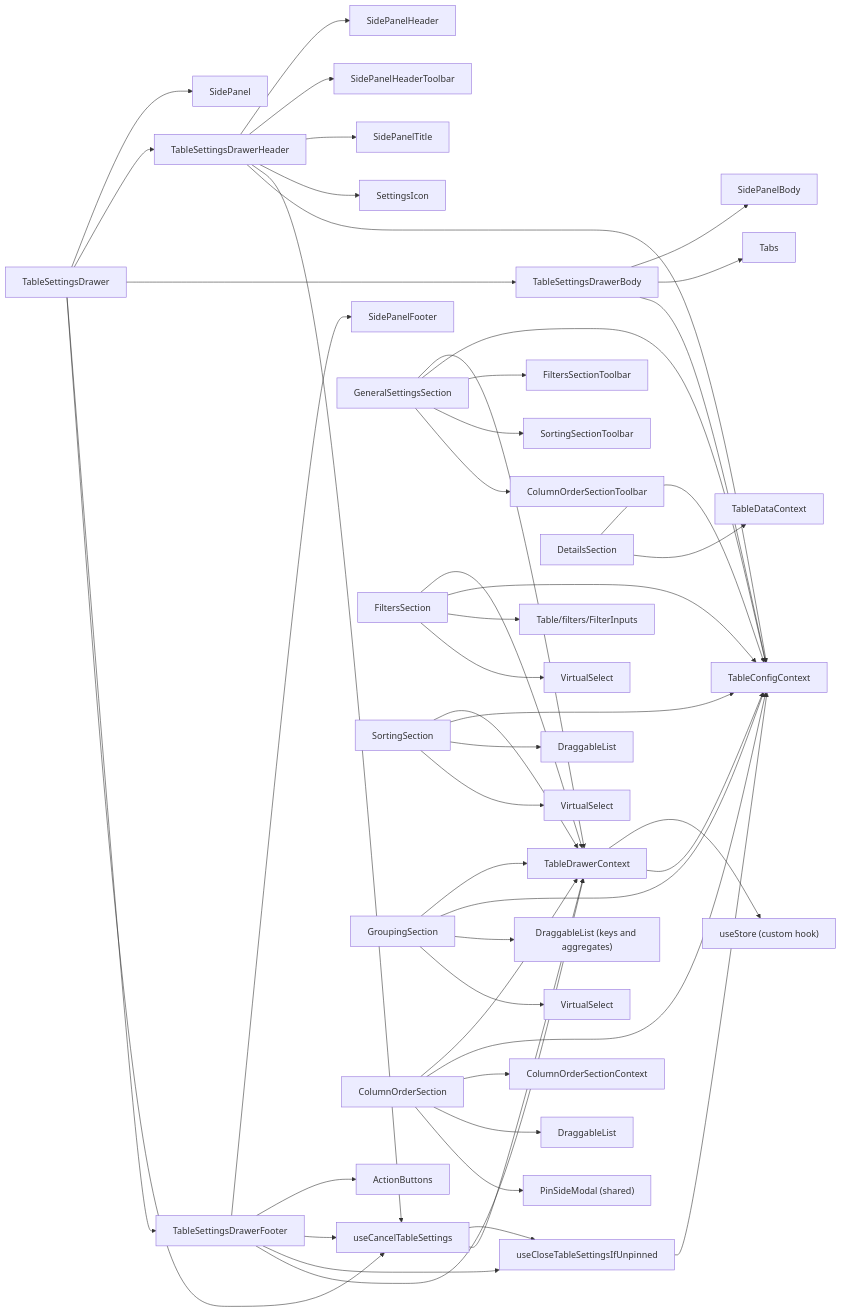
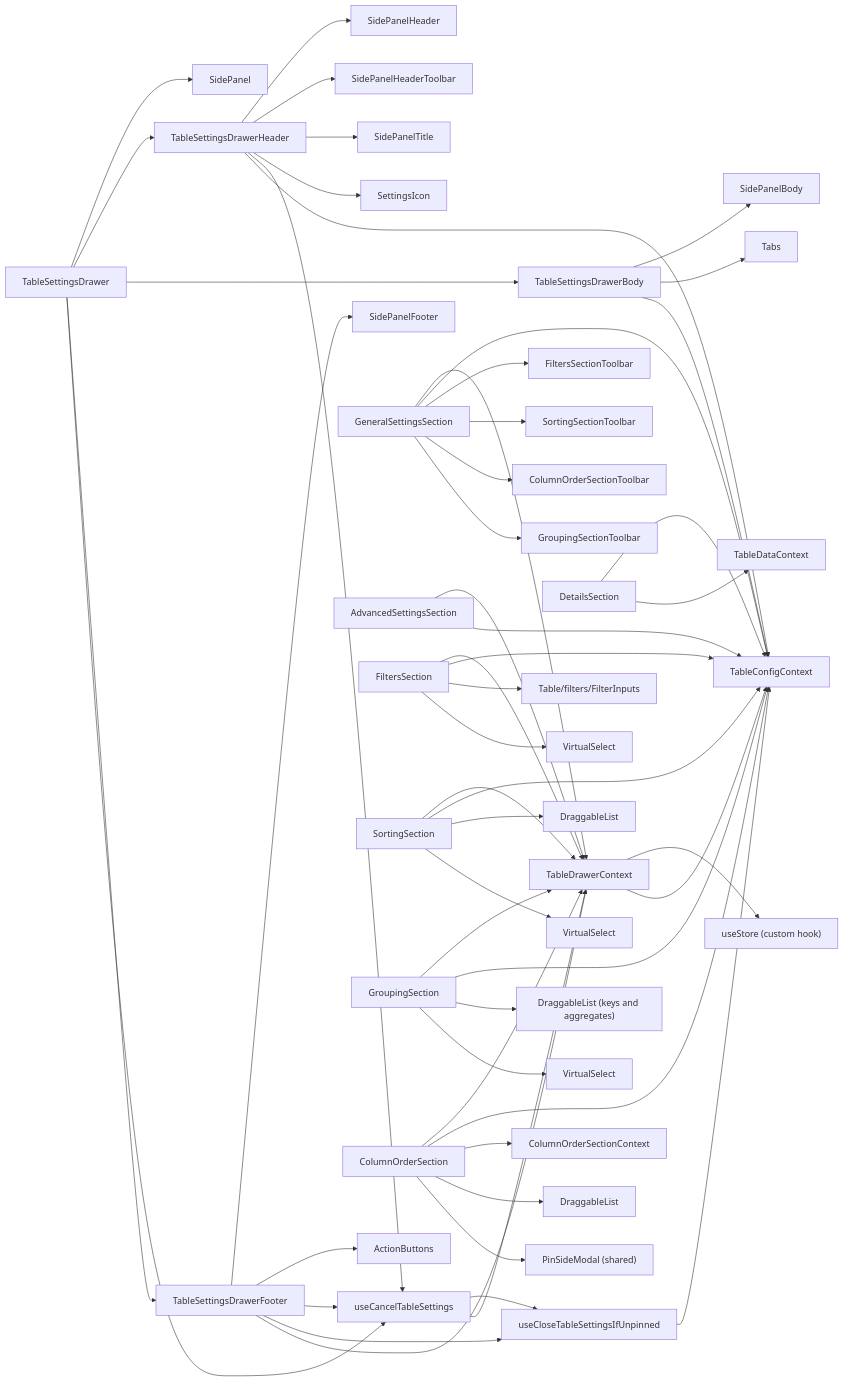
The first of 3 diagrams in packages/ui/src/components/Table/TableSettingsDrawer/ARCHITECTURE.md (luciocabrera/lcabrera-stack), drawn with Mermaid before and after one commit. The commit also changed other lines of this file and 91 other files, not shown here.

Commit message:
feat(ui): add an Advanced settings tab and make the tab order global (#1119)

````diff
--- a/packages/ui/src/components/Table/TableSettingsDrawer/ARCHITECTURE.md
+++ b/packages/ui/src/components/Table/TableSettingsDrawer/ARCHITECTURE.md
@@ -132,62 +139,66 @@
 ```mermaid
 graph LR
   TSD["TableSettingsDrawer"] --> SidePanel
   TSD --> TSDHeader["TableSettingsDrawerHeader"]
   TSD --> TSDBody["TableSettingsDrawerBody"]
   TSD --> TSDFooter["TableSettingsDrawerFooter"]
   TSD --> CancelHook["useCancelTableSettings"]
 
   TSDHeader --> SidePanelHeader
   TSDHeader --> SidePanelHeaderToolbar
   TSDHeader --> SidePanelTitle
   TSDHeader --> SettingsIcon
   TSDHeader --> CancelHook
   TSDHeader --> TableConfigContext
 
   TSDBody --> SidePanelBody
   TSDBody --> Tabs
   TSDBody --> TableConfigContext
 
   TSDFooter --> SidePanelFooter
   TSDFooter --> ActionButtons
   TSDFooter --> CancelHook
   TSDFooter --> CloseHook["useCloseTableSettingsIfUnpinned"]
   TSDFooter --> TableDrawerContext
 
   CancelHook --> CloseHook
   CancelHook --> TableDrawerContext
   CloseHook --> TableConfigContext
 
   TableDrawerContext --> useStore["useStore (custom hook)"]
   TableDrawerContext --> TableConfigContext
 
   GeneralSettingsSection --> TableDrawerContext
   GeneralSettingsSection --> TableConfigContext
   GeneralSettingsSection --> FiltersSectionToolbar
   GeneralSettingsSection --> SortingSectionToolbar
   GeneralSettingsSection --> ColumnOrderSectionToolbar
+  GeneralSettingsSection --> GroupingSectionToolbar
+
+  AdvancedSettingsSection --> TableDrawerContext
+  AdvancedSettingsSection --> TableConfigContext
 
   DetailsSection --> TableConfigContext
   DetailsSection --> TableDataContext
 
   FiltersSection --> TableDrawerContext
   FiltersSection --> TableConfigContext
   FiltersSection --> FilterInputs["Table/filters/FilterInputs"]
   FiltersSection --> VirtualSelect
 
   SortingSection --> TableDrawerContext
   SortingSection --> TableConfigContext
   SortingSection --> DraggableList
   SortingSection --> VirtualSelect2["VirtualSelect"]
 
   GroupingSection --> TableDrawerContext
   GroupingSection --> TableConfigContext
   GroupingSection --> DraggableList3["DraggableList (keys and aggregates)"]
   GroupingSection --> VirtualSelect3["VirtualSelect"]
 
   ColumnOrderSection --> TableDrawerContext
   ColumnOrderSection --> TableConfigContext
   ColumnOrderSection --> ColumnOrderSectionContext
   ColumnOrderSection --> DraggableList2["DraggableList"]
   ColumnOrderSection --> PinSideModal["PinSideModal (shared)"]
 ```
````
